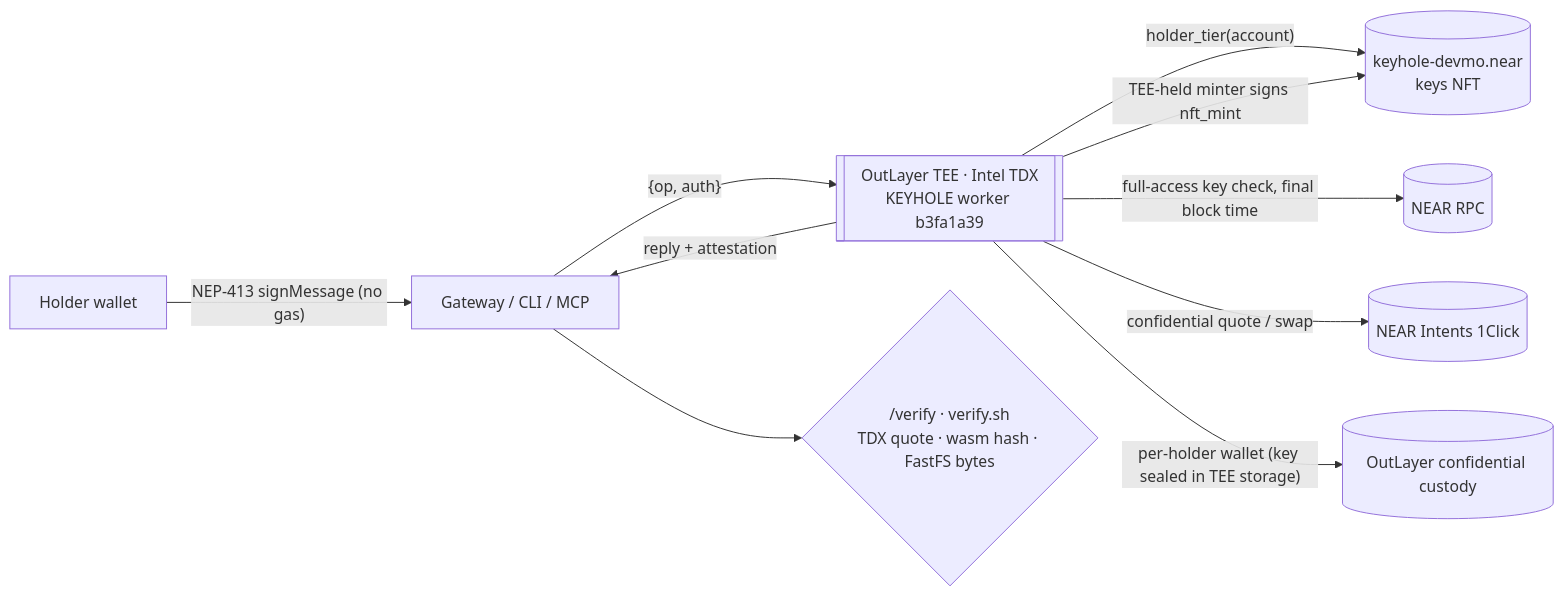
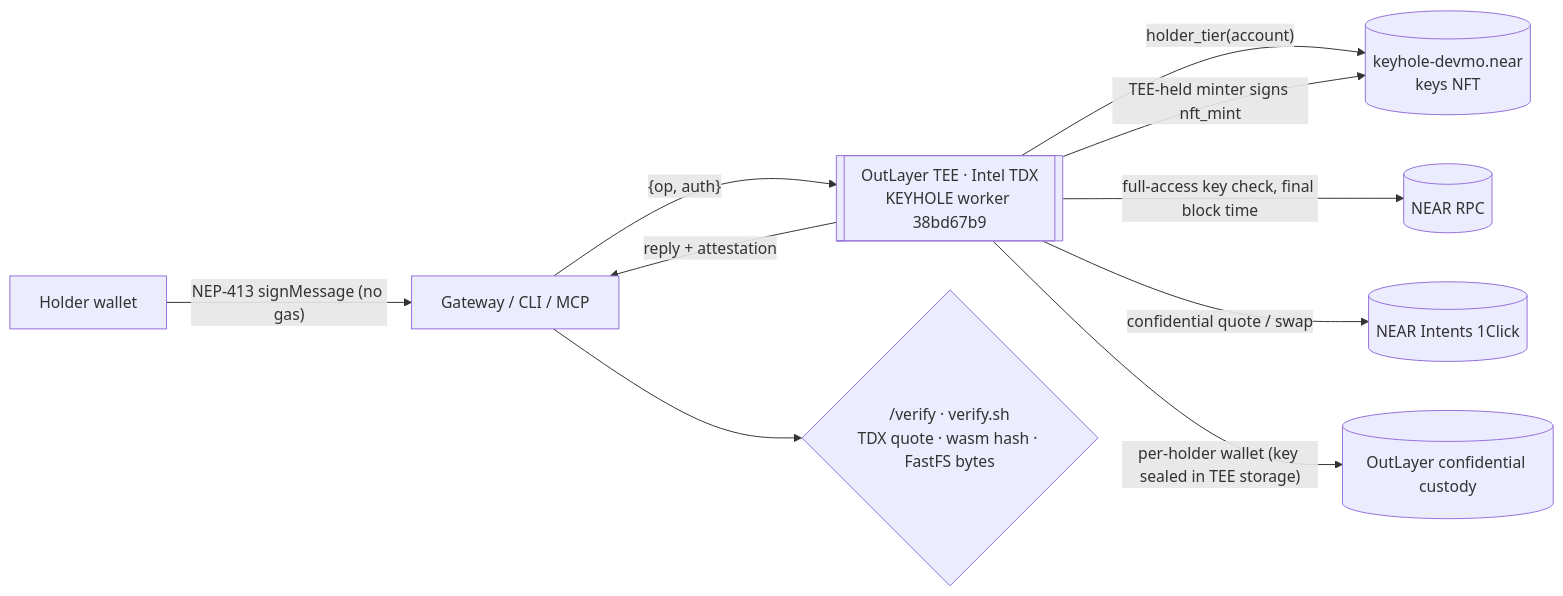
Before and after one commit to mohamedwael201193/keyhole: the first of 2 diagrams in README.md, drawn with Mermaid. The commit also changed other lines of this file and 9 other files, not shown here.

````diff
--- a/README.md
+++ b/README.md
@@ -186,12 +186,12 @@
 ```mermaid
 flowchart LR
   H[Holder wallet] -- "NEP-413 signMessage (no gas)" --> G[Gateway / CLI / MCP]
-  G -- "{op, auth}" --> T[[OutLayer TEE · Intel TDX<br/>KEYHOLE worker b3fa1a39]]
+  G -- "{op, auth}" --> T[[OutLayer TEE · Intel TDX<br/>KEYHOLE worker 38bd67b9]]
   T -- "holder_tier(account)" --> C[(keyhole-devmo.near<br/>keys NFT)]
   T -- "full-access key check, final block time" --> N[(NEAR RPC)]
   T -- "confidential quote / swap" --> I[(NEAR Intents 1Click)]
   T -- "per-holder wallet (key sealed in TEE storage)" --> W[(OutLayer confidential custody)]
   T -- "TEE-held minter signs nft_mint" --> C
   T -- "reply + attestation" --> G
   G --> V{"/verify · verify.sh<br/>TDX quote · wasm hash · FastFS bytes"}
 ```
````
